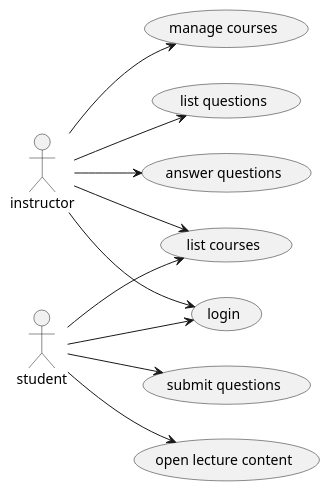
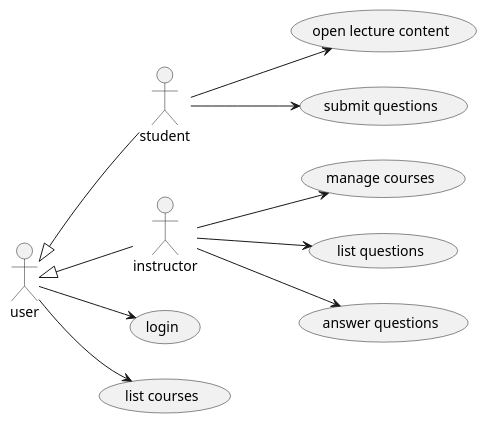
One commit to metaph3r/solutions-architect-case-study changed the diagram in doc/plantuml/use-cases.plantuml. Above: the diagram before and after it, drawn with PlantUML. The commit also changed 2 other files, not shown here.

```diff
--- a/doc/plantuml/use-cases.plantuml
+++ b/doc/plantuml/use-cases.plantuml
@@ -1,35 +1,40 @@
 @startuml use-cases
 
 left to right direction
 
 ' actors
 
+:user: as us
 :student: as st
 :instructor: as tr
+
+us <|-- st
+us <|-- tr
 
 ' use cases
 
 (login) as (UC1)
 (list courses) as (UC2)
 (open lecture content) as (UC3)
 (submit questions) as (UC4)
 (manage courses) as (UC5)
 (list questions) as (UC6)
 (answer questions) as (UC7)
 
+' user use cases
+
+us --> UC1
+us --> UC2
+
 ' student use cases
 
-st --> UC1
-st --> UC2
 st --> UC3
 st --> UC4
 
 ' trainer use cases
 
-tr --> UC1
-tr --> UC2
 tr --> UC5
 tr --> UC6
 tr --> UC7
 
 @enduml
```
